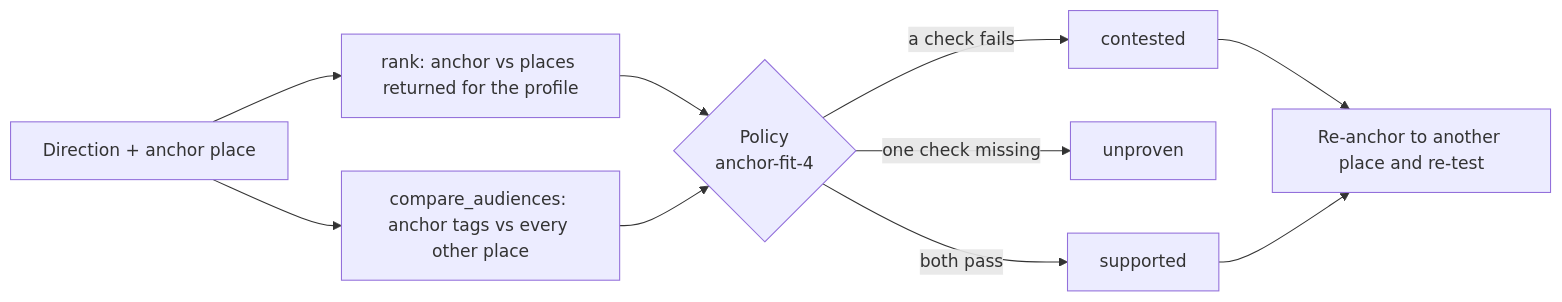
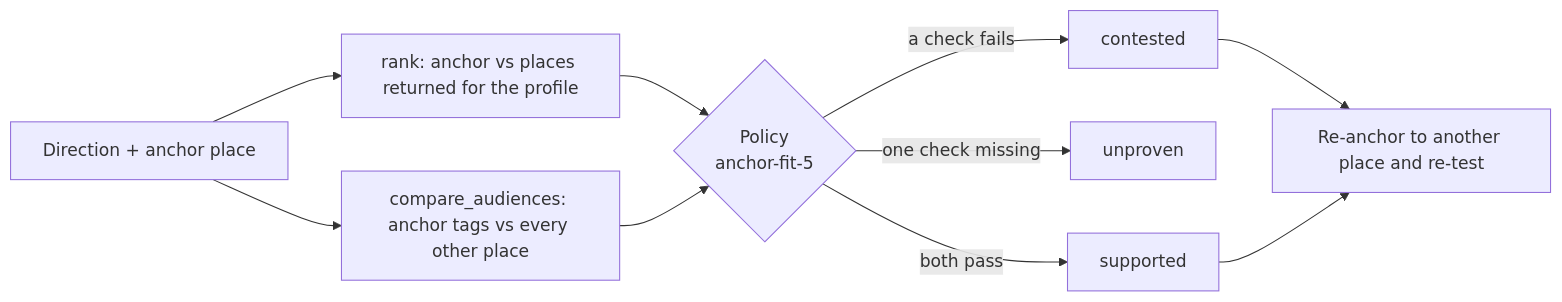
Before and after one commit to joyboyreturns/CultureForge-AI: the third of 4 diagrams in README.md, drawn with Mermaid. The commit also changed other lines of this file and 41 other files, not shown here.

````diff
--- a/README.md
+++ b/README.md
@@ -114,11 +141,11 @@
 ```mermaid
 flowchart LR
   D[Direction + anchor place] --> P1[rank: anchor vs places returned for the profile]
   D --> P2[compare_audiences: anchor tags vs every other place]
-  P1 & P2 --> POL{Policy<br/>anchor-fit-4}
+  P1 & P2 --> POL{Policy<br/>anchor-fit-5}
   POL -- both pass --> S[supported]
   POL -- one check missing --> U[unproven]
   POL -- a check fails --> N[contested]
   N --> RE[Re-anchor to another place and re-test]
   S --> RE
 ```
````
